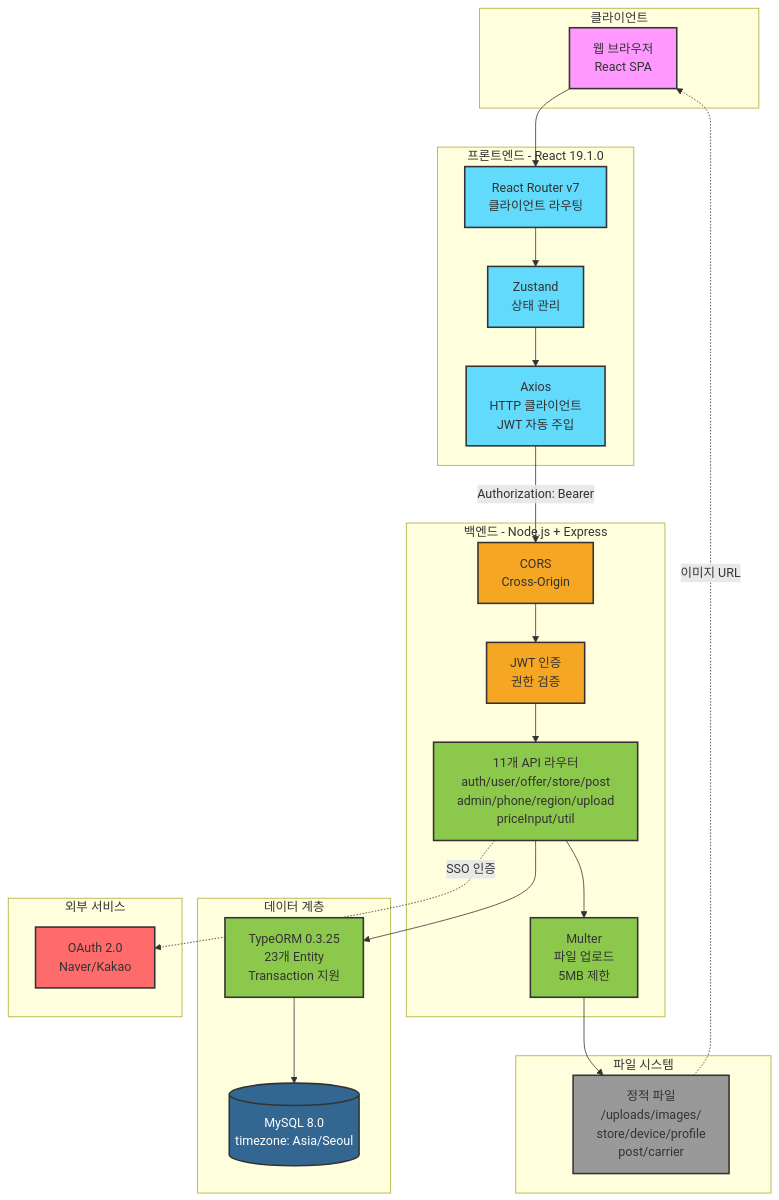
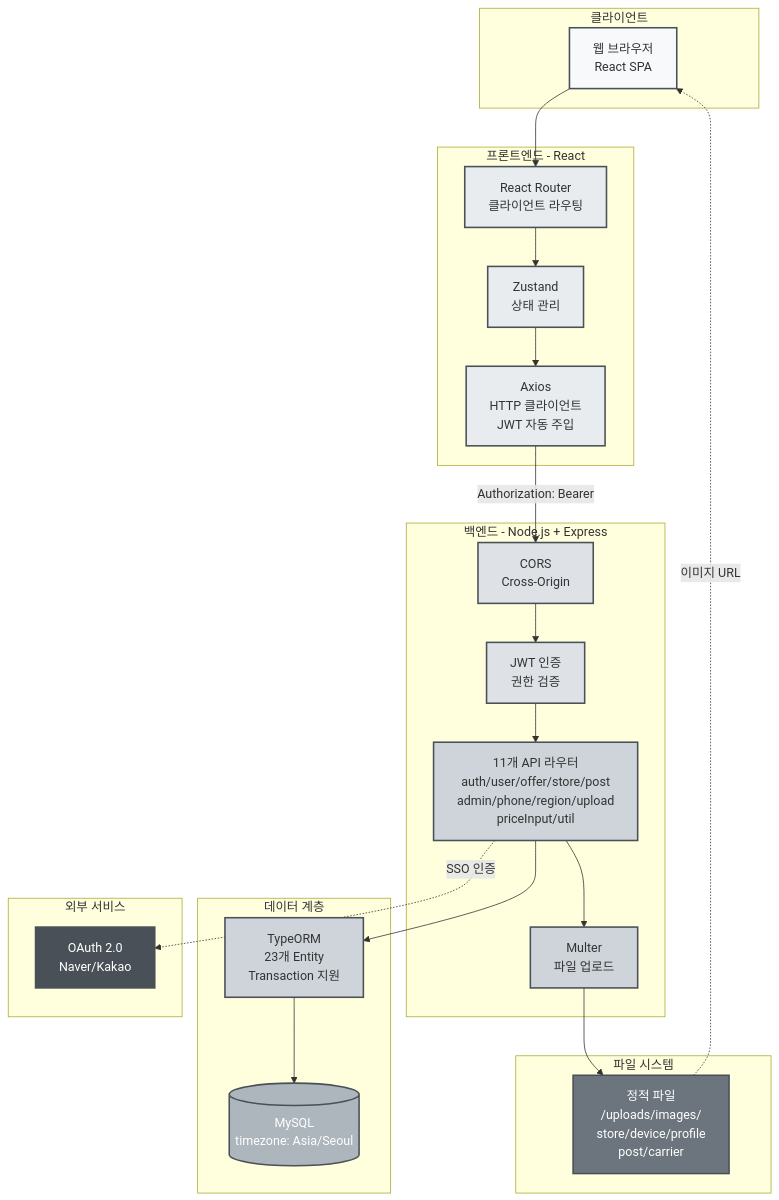
The first of 2 diagrams in README.md (phone-link-org/phone-link), drawn with Mermaid before and after one commit. The commit also changed other lines of this file, not shown here.

````diff
--- a/README.md
+++ b/README.md
@@ -19,60 +41,60 @@
 ```mermaid
 graph TB
     subgraph "클라이언트"
         Browser[웹 브라우저<br/>React SPA]
     end
 
-    subgraph "프론트엔드 - React 19.1.0"
-        Router[React Router v7<br/>클라이언트 라우팅]
+    subgraph "프론트엔드 - React"
+        Router[React Router<br/>클라이언트 라우팅]
         Zustand[Zustand<br/>상태 관리]
         Axios[Axios<br/>HTTP 클라이언트<br/>JWT 자동 주입]
     end
 
     subgraph "백엔드 - Node.js + Express"
         CORS[CORS<br/>Cross-Origin]
         Auth[JWT 인증<br/>권한 검증]
         Routes[11개 API 라우터<br/>auth/user/offer/store/post<br/>admin/phone/region/upload<br/>priceInput/util]
-        Multer[Multer<br/>파일 업로드<br/>5MB 제한]
+        Multer[Multer<br/>파일 업로드]
     end
 
     subgraph "데이터 계층"
-        ORM[TypeORM 0.3.25<br/>23개 Entity<br/>Transaction 지원]
-        MySQL[(MySQL 8.0<br/>timezone: Asia/Seoul)]
+        ORM[TypeORM<br/>23개 Entity<br/>Transaction 지원]
+        MySQL[(MySQL<br/>timezone: Asia/Seoul)]
     end
 
     subgraph "파일 시스템"
         Storage[정적 파일<br/>/uploads/images/<br/>store/device/profile<br/>post/carrier]
     end
 
     subgraph "외부 서비스"
         OAuth[OAuth 2.0<br/>Naver/Kakao]
     end
 
     Browser --> Router
     Router --> Zustand
     Zustand --> Axios
 
     Axios -->|Authorization: Bearer| CORS
     CORS --> Auth
     Auth --> Routes
     Routes --> Multer
     Multer --> Storage
     Routes --> ORM
     ORM --> MySQL
 
     Routes -.->|SSO 인증| OAuth
     Storage -.->|이미지 URL| Browser
 
-    style Browser fill:#f9f,stroke:#333,stroke-width:2px
-    style Router fill:#61DAFB,stroke:#333,stroke-width:2px
-    style Zustand fill:#61DAFB,stroke:#333,stroke-width:2px
-    style Axios fill:#61DAFB,stroke:#333,stroke-width:2px
-    style CORS fill:#f5a623,stroke:#333,stroke-width:2px
-    style Auth fill:#f5a623,stroke:#333,stroke-width:2px
-    style Routes fill:#8CC84B,stroke:#333,stroke-width:2px
-    style Multer fill:#8CC84B,stroke:#333,stroke-width:2px
-    style ORM fill:#8CC84B,stroke:#333,stroke-width:2px
-    style MySQL fill:#336791,stroke:#333,stroke-width:2px,color:#fff
-    style Storage fill:#999,stroke:#333,stroke-width:2px
-    style OAuth fill:#FF6B6B,stroke:#333,stroke-width:2px
+    style Browser fill:#f8f9fa,stroke:#495057,stroke-width:2px
+    style Router fill:#e9ecef,stroke:#495057,stroke-width:2px
+    style Zustand fill:#e9ecef,stroke:#495057,stroke-width:2px
+    style Axios fill:#e9ecef,stroke:#495057,stroke-width:2px
+    style CORS fill:#dee2e6,stroke:#495057,stroke-width:2px
+    style Auth fill:#dee2e6,stroke:#495057,stroke-width:2px
+    style Routes fill:#ced4da,stroke:#495057,stroke-width:2px
+    style Multer fill:#ced4da,stroke:#495057,stroke-width:2px
+    style ORM fill:#ced4da,stroke:#495057,stroke-width:2px
+    style MySQL fill:#adb5bd,stroke:#495057,stroke-width:2px,color:#fff
+    style Storage fill:#6c757d,stroke:#495057,stroke-width:2px,color:#fff
+    style OAuth fill:#495057,stroke:#495057,stroke-width:2px,color:#fff
 ```
````
